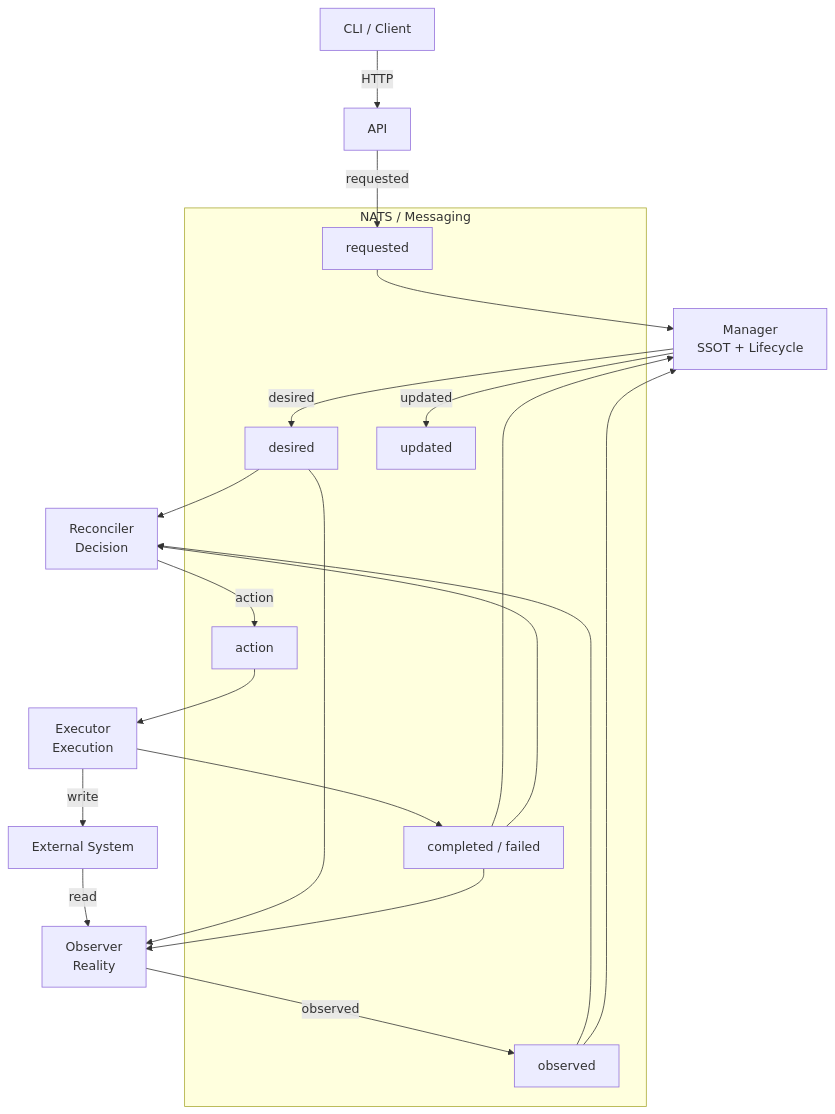
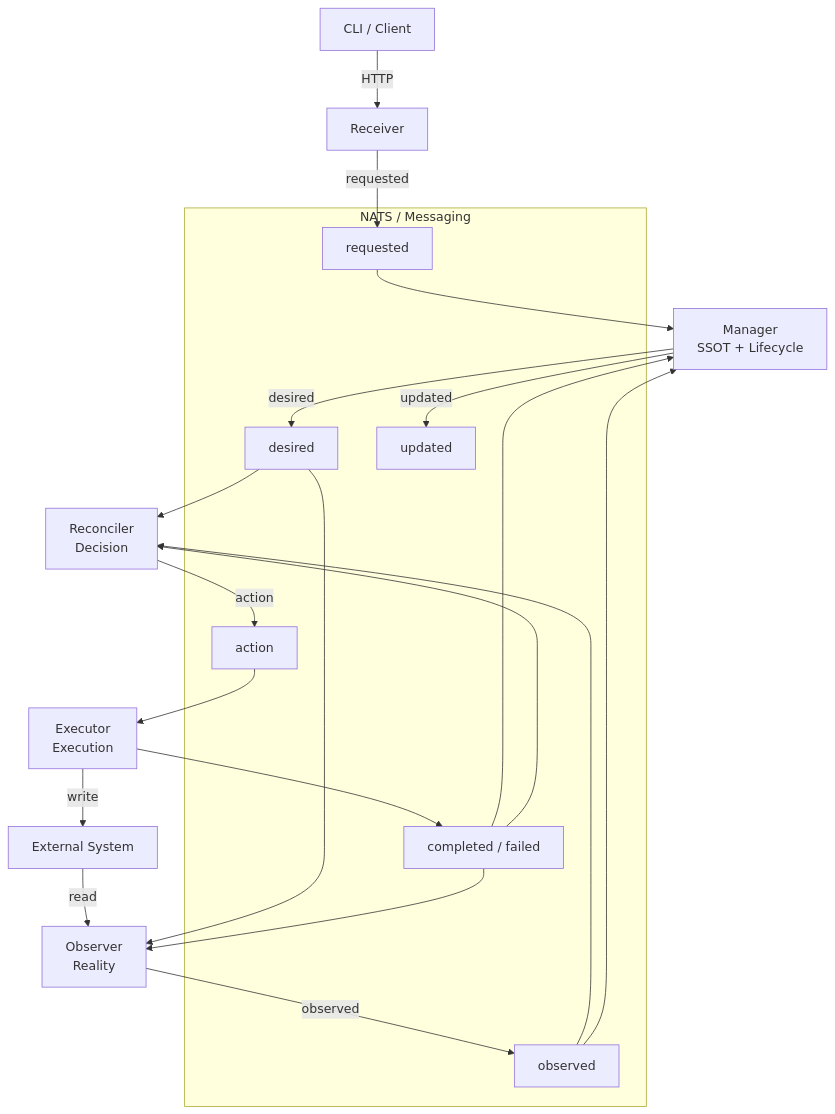
The second of 18 diagrams in docs/RESOURCE-CONTROL-LOOP.md (danielsabatini/smarkee), drawn with Mermaid before and after one commit. The commit also changed other lines of this file and 17 other files, not shown here.

````diff
--- a/docs/RESOURCE-CONTROL-LOOP.md
+++ b/docs/RESOURCE-CONTROL-LOOP.md
@@ -287,46 +268,46 @@
 ```mermaid
 flowchart TB
 
     Client[CLI / Client]
-    API[API]
+    Receiver[Receiver]
 
     subgraph Messaging[NATS / Messaging]
         Requested[requested]
         Desired[desired]
         Observed[observed]
         Action[action]
         Result[completed / failed]
         Updated[updated]
     end
 
     Manager[Manager<br/>SSOT + Lifecycle]
     Observer[Observer<br/>Reality]
     Reconciler[Reconciler<br/>Decision]
     Executor[Executor<br/>Execution]
 
     External[External System]
 
-    Client -->|HTTP| API
-    API -->|requested| Requested
+    Client -->|HTTP| Receiver
+    Receiver -->|requested| Requested
     Requested --> Manager
 
     Manager -->|desired| Desired
     Desired --> Reconciler
     Desired --> Observer
 
     External -->|read| Observer
     Observer -->|observed| Observed
     Observed --> Reconciler
     Observed --> Manager
 
     Reconciler -->|action| Action
     Action --> Executor
 
     Executor -->|write| External
     Executor --> Result
     Result --> Manager
     Result --> Observer
     Result --> Reconciler
 
     Manager -->|updated| Updated
 ```
````
